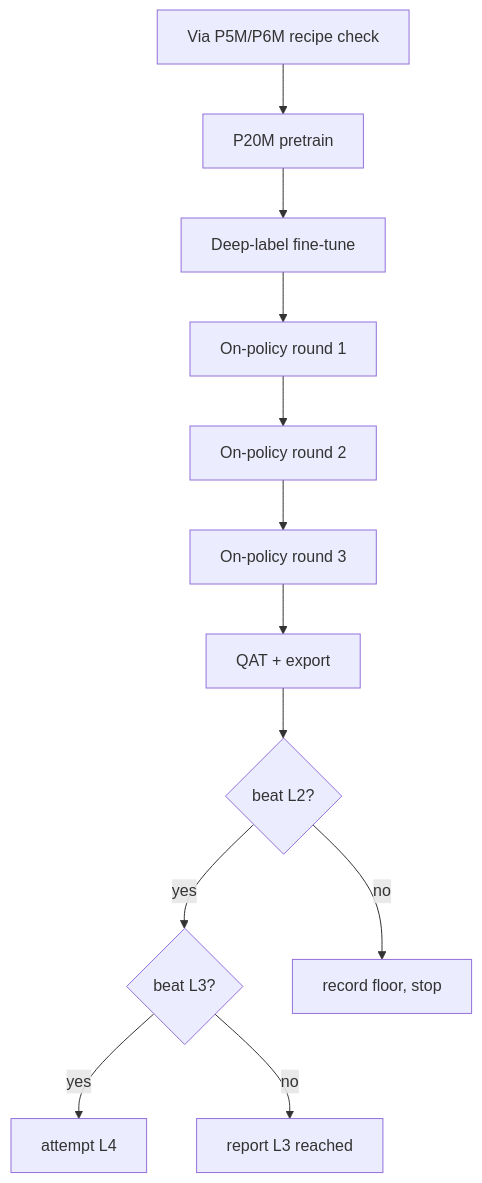
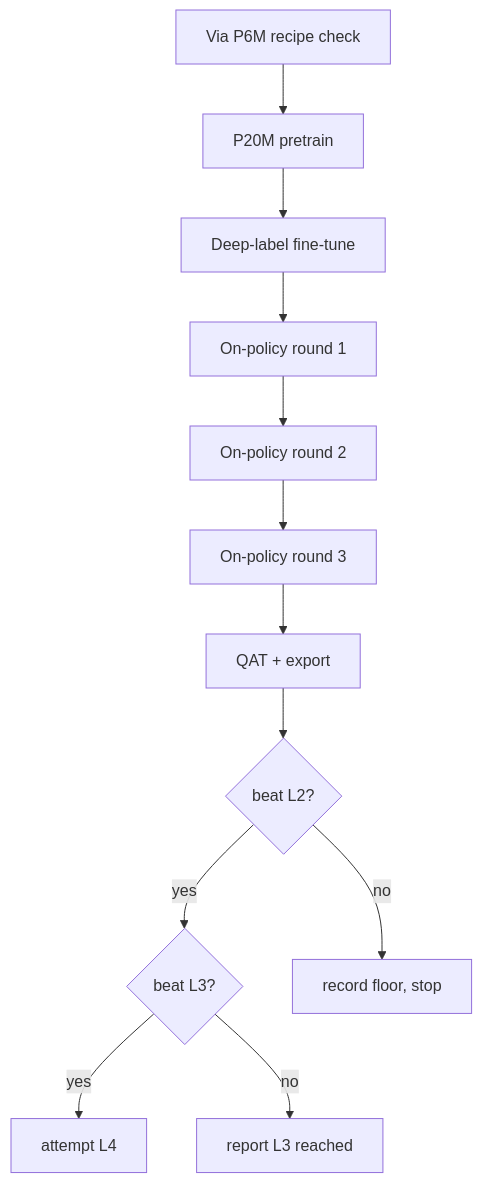
The second of 2 diagrams in docs/plans/2026-11-07-1035-feat-chess-foundation-model-plan.md (akorite/chess-machine-learning), drawn with Mermaid before and after one commit. The commit also changed other lines of this file and 4 other files, not shown here.

````diff
--- a/docs/plans/2026-11-07-1035-feat-chess-foundation-model-plan.md
+++ b/docs/plans/2026-11-07-1035-feat-chess-foundation-model-plan.md
@@ -147,14 +156,14 @@
 ```mermaid
 flowchart TB
-  P[Via P5M/P6M recipe check] --> Q[P20M pretrain]
+  P[Via P6M recipe check] --> Q[P20M pretrain]
   Q --> R[Deep-label fine-tune]
   R --> S[On-policy round 1]
   S --> T[On-policy round 2]
   T --> U[On-policy round 3]
   U --> V[QAT + export]
   V --> W{beat L2?}
   W -->|yes| X{beat L3?}
   W -->|no| Y[record floor, stop]
   X -->|yes| Z[attempt L4]
   X -->|no| Y2[report L3 reached]
 ```
````
